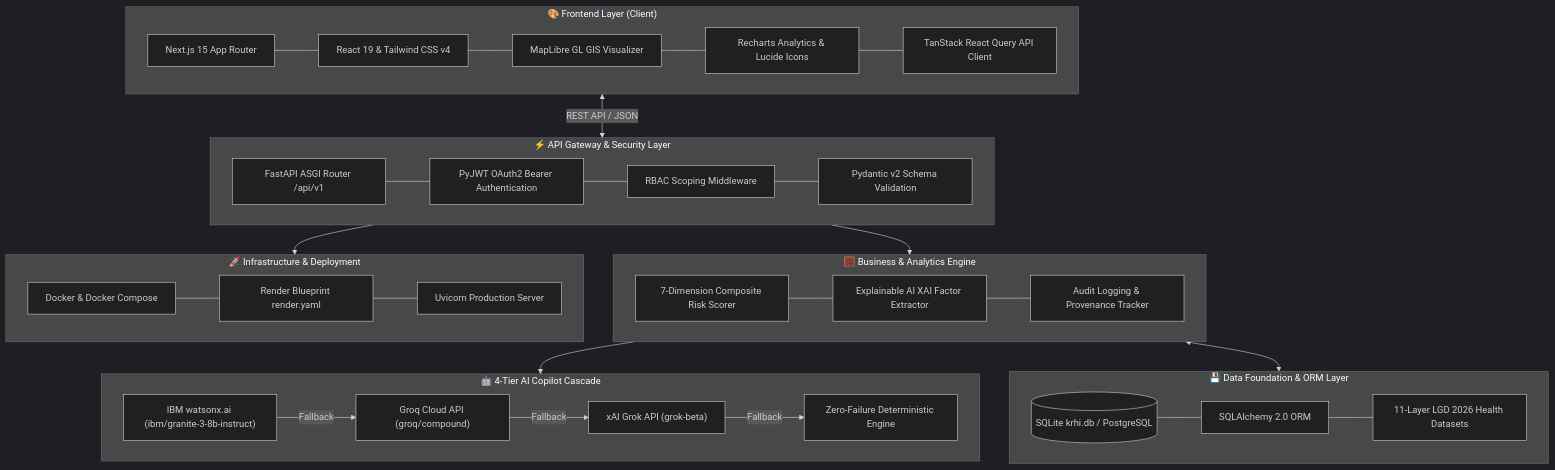
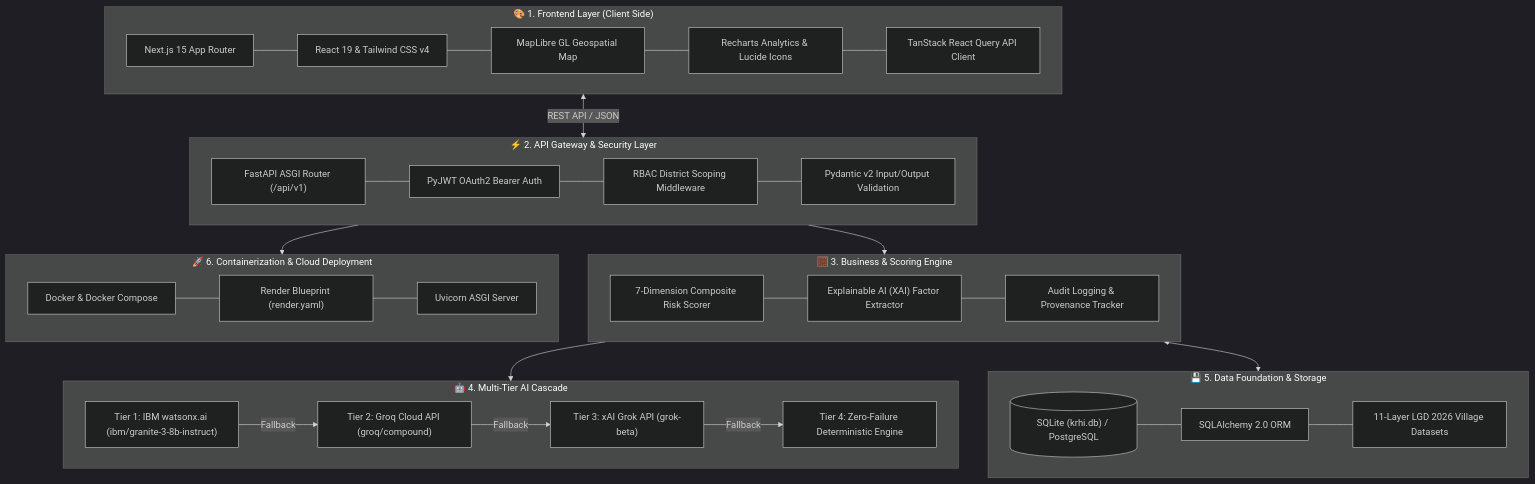
The third of 3 diagrams in README.md (ABHISHEK-MAX2/RuralPulse), drawn with Mermaid (dark theme) before and after one commit. The commit also changed other lines of this file, not shown here.

Commit message:
Update README.md with detailed Technology Stack Flowchart and Tech Stack Component Summary table

````diff
--- a/README.md
+++ b/README.md
@@ -204,56 +206,56 @@
 ```mermaid
 flowchart TD
-    subgraph UI ["🎨 Frontend Layer (Client)"]
-        N1[Next.js 15 App Router]
-        N2[React 19 & Tailwind CSS v4]
-        N3[MapLibre GL GIS Visualizer]
-        N4[Recharts Analytics & Lucide Icons]
-        N5[TanStack React Query API Client]
+    subgraph UI ["🎨 1. Frontend Layer (Client Side)"]
+        N1["Next.js 15 App Router"]
+        N2["React 19 & Tailwind CSS v4"]
+        N3["MapLibre GL Geospatial Map"]
+        N4["Recharts Analytics & Lucide Icons"]
+        N5["TanStack React Query API Client"]
         N1 --- N2 --- N3 --- N4 --- N5
     end
 
-    subgraph API ["⚡ API Gateway & Security Layer"]
-        A1[FastAPI ASGI Router /api/v1]
-        A2[PyJWT OAuth2 Bearer Authentication]
-        A3[RBAC Scoping Middleware]
-        A4[Pydantic v2 Schema Validation]
+    subgraph API ["⚡ 2. API Gateway & Security Layer"]
+        A1["FastAPI ASGI Router (/api/v1)"]
+        A2["PyJWT OAuth2 Bearer Auth"]
+        A3["RBAC District Scoping Middleware"]
+        A4["Pydantic v2 Input/Output Validation"]
         A1 --- A2 --- A3 --- A4
     end
 
-    subgraph CORE ["🧮 Business & Analytics Engine"]
-        C1[7-Dimension Composite Risk Scorer]
-        C2[Explainable AI XAI Factor Extractor]
-        C3[Audit Logging & Provenance Tracker]
+    subgraph CORE ["🧮 3. Business & Scoring Engine"]
+        C1["7-Dimension Composite Risk Scorer"]
+        C2["Explainable AI (XAI) Factor Extractor"]
+        C3["Audit Logging & Provenance Tracker"]
         C1 --- C2 --- C3
     end
 
-    subgraph AI ["🤖 4-Tier AI Copilot Cascade"]
-        L1["IBM watsonx.ai (ibm/granite-3-8b-instruct)"]
-        L2["Groq Cloud API (groq/compound)"]
-        L3["xAI Grok API (grok-beta)"]
-        L4["Zero-Failure Deterministic Engine"]
+    subgraph AI ["🤖 4. Multi-Tier AI Cascade"]
+        L1["Tier 1: IBM watsonx.ai (ibm/granite-3-8b-instruct)"]
+        L2["Tier 2: Groq Cloud API (groq/compound)"]
+        L3["Tier 3: xAI Grok API (grok-beta)"]
+        L4["Tier 4: Zero-Failure Deterministic Engine"]
         L1 -->|Fallback| L2
         L2 -->|Fallback| L3
         L3 -->|Fallback| L4
     end
 
-    subgraph DATA ["💾 Data Foundation & ORM Layer"]
-        D1[(SQLite krhi.db / PostgreSQL)]
-        D2[SQLAlchemy 2.0 ORM]
-        D3[11-Layer LGD 2026 Health Datasets]
+    subgraph DATA ["💾 5. Data Foundation & Storage"]
+        D1[("SQLite (krhi.db) / PostgreSQL")]
+        D2["SQLAlchemy 2.0 ORM"]
+        D3["11-Layer LGD 2026 Village Datasets"]
         D1 --- D2 --- D3
     end
 
-    subgraph INFRA ["🚀 Infrastructure & Deployment"]
-        I1[Docker & Docker Compose]
-        I2[Render Blueprint render.yaml]
-        I3[Uvicorn Production Server]
+    subgraph INFRA ["🚀 6. Containerization & Cloud Deployment"]
+        I1["Docker & Docker Compose"]
+        I2["Render Blueprint (render.yaml)"]
+        I3["Uvicorn ASGI Server"]
         I1 --- I2 --- I3
     end
 
     UI <-->|REST API / JSON| API
     API --> CORE
     CORE --> AI
     CORE <--> DATA
     API --> INFRA
 ```
````
